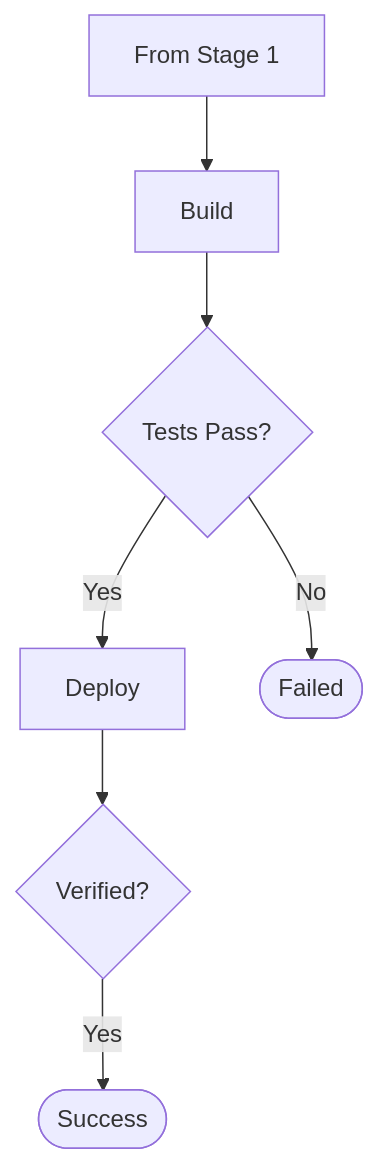
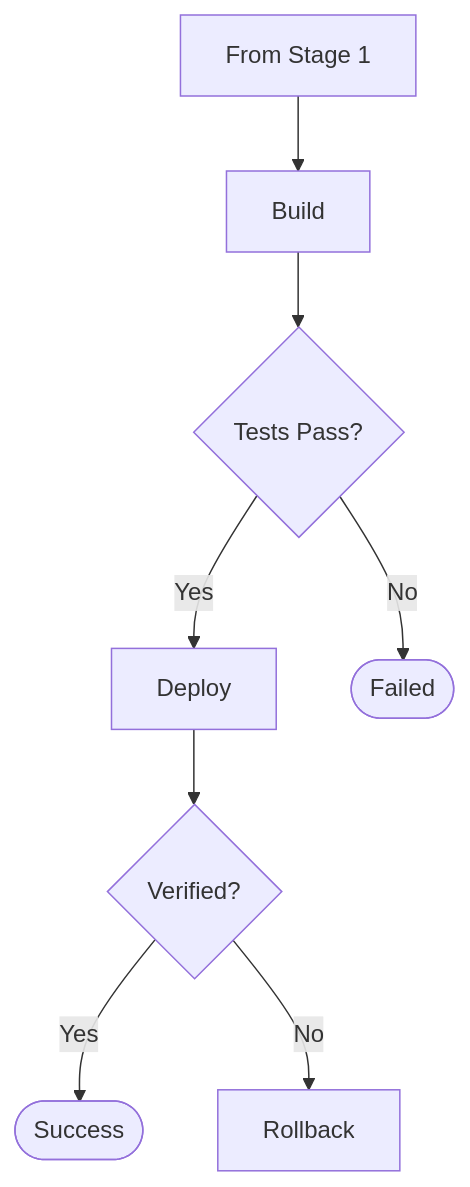
Diagram 12 of 37 in .github/MERMAID_STYLE_GUIDE.md (borealBytes/startup-blueprint), drawn with Mermaid before and after one commit. The commit also changed other lines of this file, not shown here.

First line of the commit message:
fix(docs): correct Mermaid syntax for GitHub compatibility

````diff
--- a/.github/MERMAID_STYLE_GUIDE.md
+++ b/.github/MERMAID_STYLE_GUIDE.md
@@ -285,9 +269,13 @@
 ```mermaid
 flowchart TB
+    accTitle: Deployment Stage
+    accDescr: Second stage handling build testing and deployment to production
+
     from_stage1[From Stage 1] --> build[Build]
     build --> test{Tests Pass?}
     test -->|Yes| deploy[Deploy]
     test -->|No| fail([Failed])
     deploy --> verify{Verified?}
     verify -->|Yes| complete([Success])
+    verify -->|No| rollback[Rollback]
 ```
````
